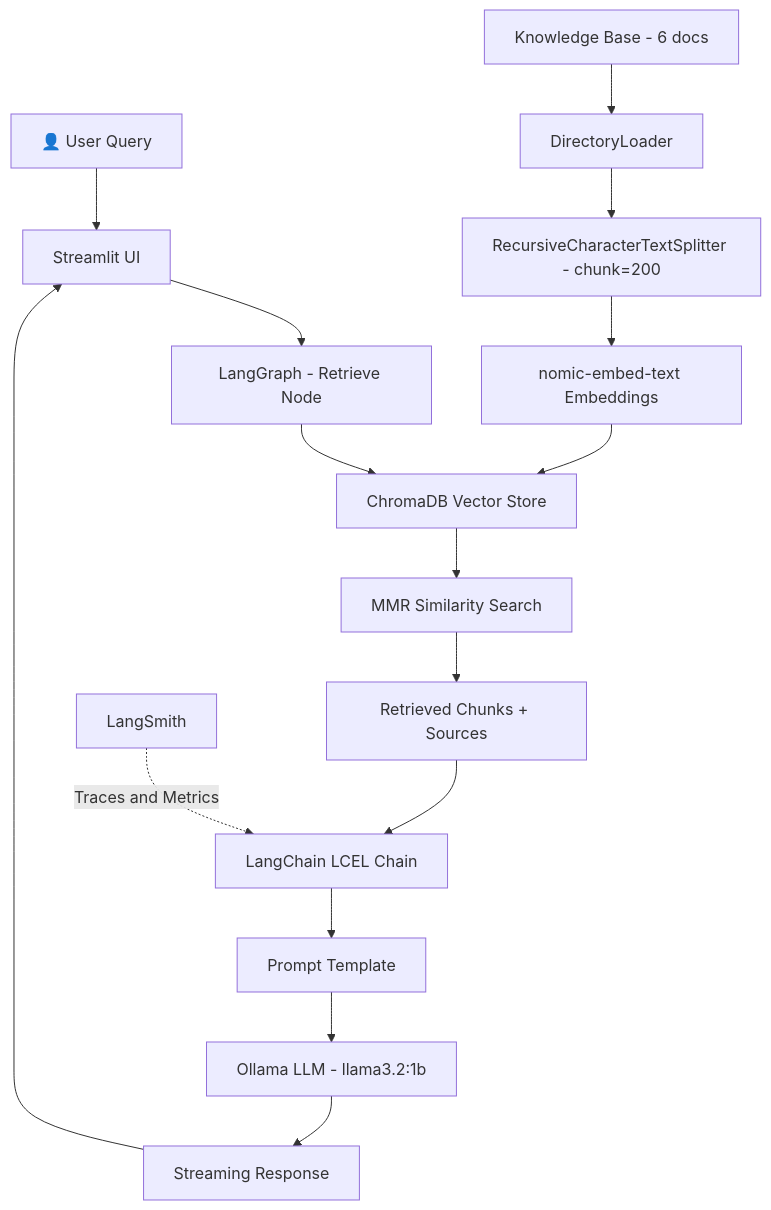
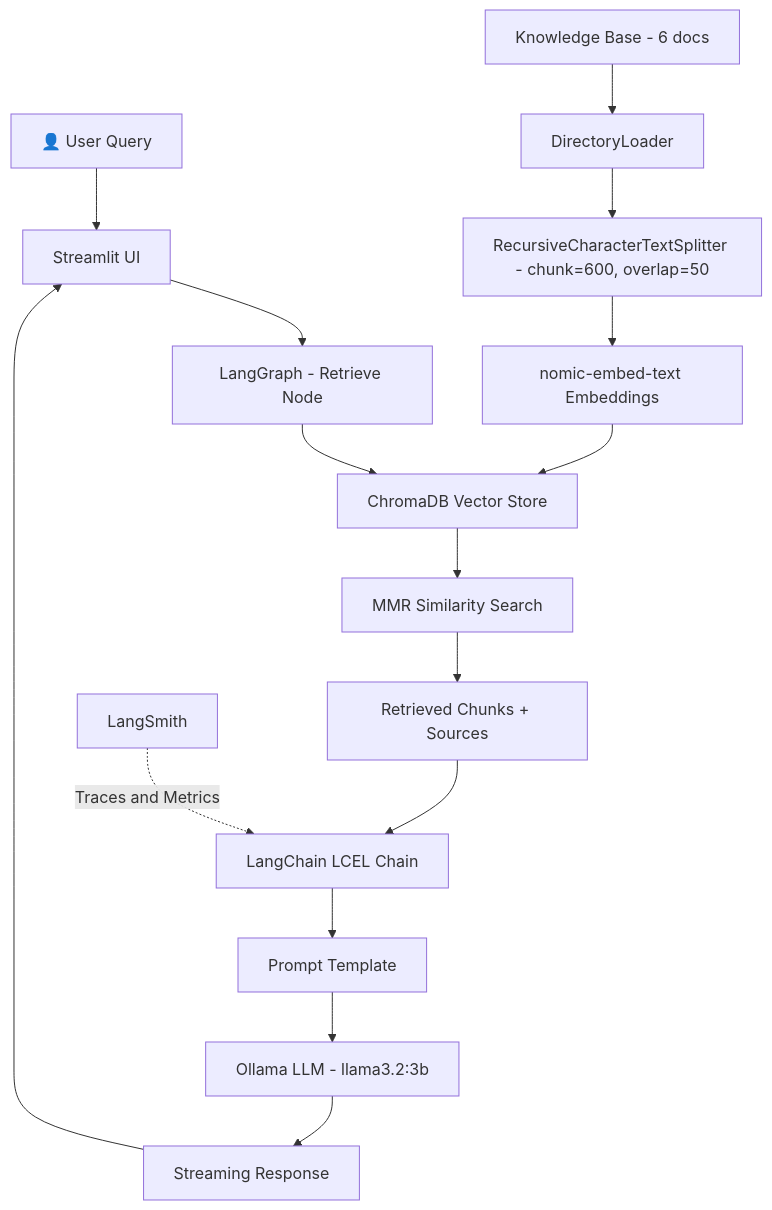
One commit to SHUBHAM-max449/bmw-ai-engineer-case-study changed the diagram in README.md. Above: the diagram before and after it, drawn with Mermaid. The commit also changed other lines of this file and 1 other file, not shown here.

````diff
--- a/README.md
+++ b/README.md
@@ -22,20 +22,20 @@
 ```mermaid
 flowchart TD
     A[👤 User Query] --> B[Streamlit UI]
     B --> C[LangGraph - Retrieve Node]
     C --> D[ChromaDB Vector Store]
     D --> E[MMR Similarity Search]
     E --> F[Retrieved Chunks + Sources]
     F --> G[LangChain LCEL Chain]
     G --> H[Prompt Template]
-    H --> I[Ollama LLM - llama3.2:1b]
+    H --> I[Ollama LLM - llama3.2:3b]
     I --> J[Streaming Response]
     J --> B
 
     K[Knowledge Base - 6 docs] --> L[DirectoryLoader]
-    L --> M[RecursiveCharacterTextSplitter - chunk=200]
+    L --> M[RecursiveCharacterTextSplitter - chunk=600, overlap=50]
     M --> N[nomic-embed-text Embeddings]
     N --> D
 
     O[LangSmith] -.->|Traces and Metrics| G
 ```
````
